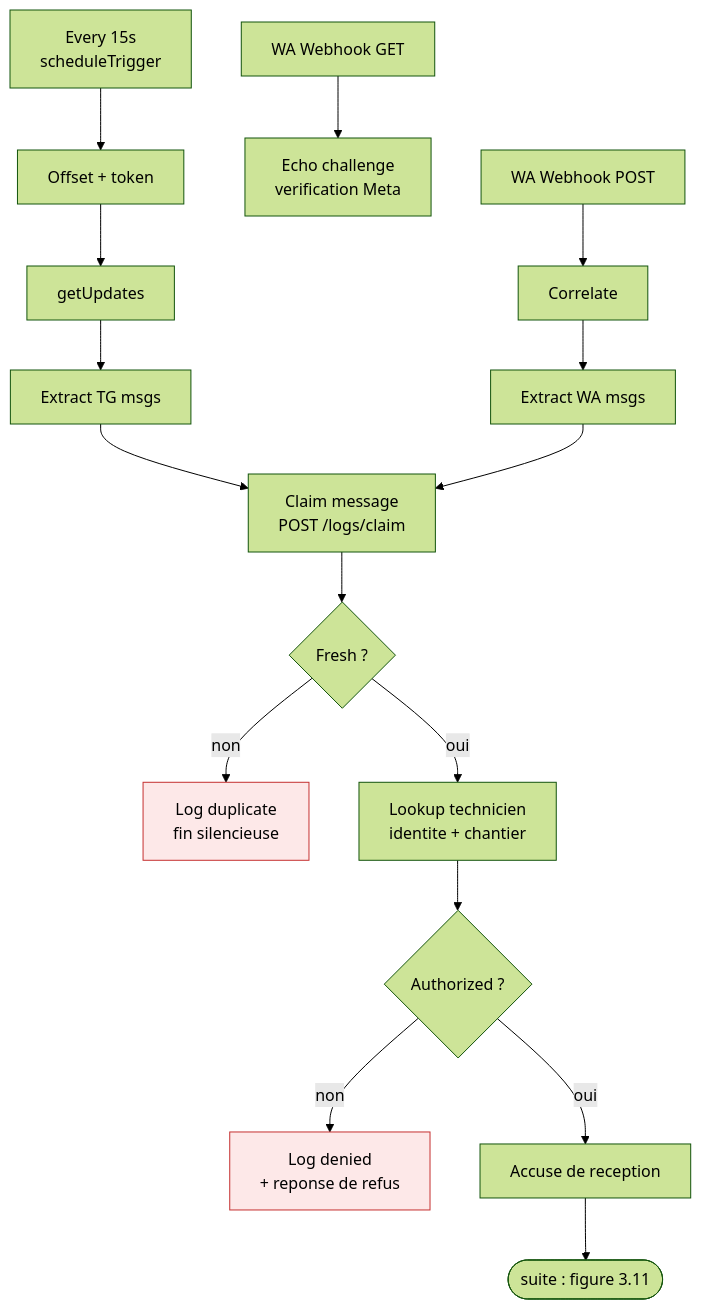
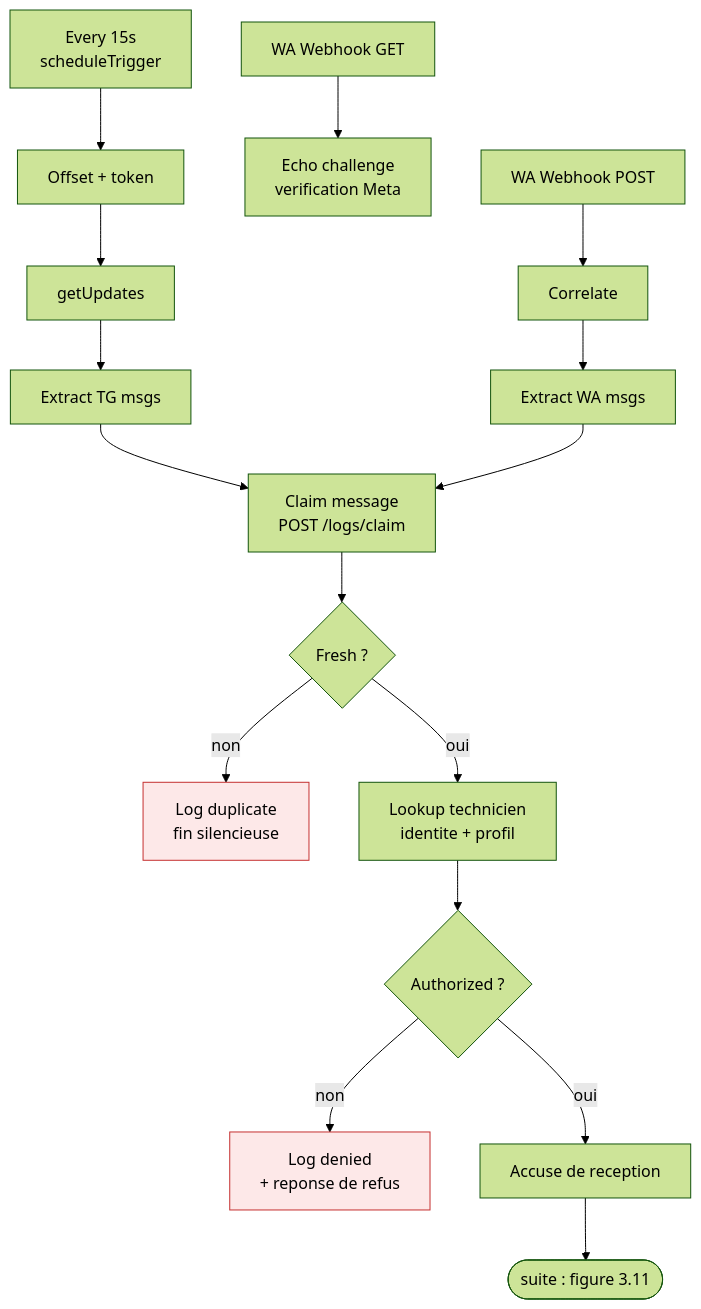
One commit to yassine808/PFE-aznet changed the diagram in Pres+report/diagrams/08-n8n-reception.mmd. Above: the diagram before and after it, drawn with Mermaid (forest theme). The commit also changed 18 other files, not shown here.

```diff
--- a/Pres+report/diagrams/08-n8n-reception.mmd
+++ b/Pres+report/diagrams/08-n8n-reception.mmd
@@ -1,18 +1,18 @@
 flowchart TB
     TRIG1["Every 15s<br/>scheduleTrigger"] --> OFF["Offset + token"]
     OFF --> GU["getUpdates"] --> XTG["Extract TG msgs"]
     TRIG2["WA Webhook GET"] --> ECHO["Echo challenge<br/>verification Meta"]
     TRIG3["WA Webhook POST"] --> COR["Correlate"] --> XWA["Extract WA msgs"]
 
     XTG --> CLAIM
     XWA --> CLAIM["Claim message<br/>POST /logs/claim"]
     CLAIM --> FRESH{"Fresh ?"}
     FRESH -- non --> DUP["Log duplicate<br/>fin silencieuse"]
-    FRESH -- oui --> LOOK["Lookup technicien<br/>identite + chantier"]
+    FRESH -- oui --> LOOK["Lookup technicien<br/>identite + profil"]
     LOOK --> AUTH{"Authorized ?"}
     AUTH -- non --> DENY["Log denied<br/>+ reponse de refus"]
     AUTH -- oui --> ACK["Accuse de reception"]
     ACK --> NEXT(["suite : figure 3.11"])
 
     classDef ko fill:#fde8e8,stroke:#c53030
     class DUP,DENY ko
```
